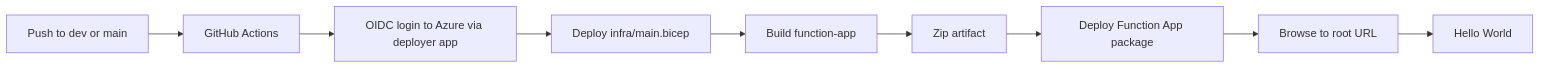
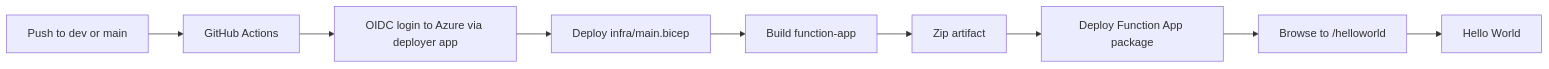
Before and after one commit to alexCikos/azFuncTemplate: the first of 2 diagrams in knowledgeBase.md, drawn with Mermaid. The commit also changed other lines of this file and 11 other files, not shown here.

````diff
--- a/knowledgeBase.md
+++ b/knowledgeBase.md
@@ -44,11 +44,11 @@
 ```mermaid
 flowchart LR
   A["Push to dev or main"] --> B["GitHub Actions"]
   B --> C["OIDC login to Azure via deployer app"]
   C --> D["Deploy infra/main.bicep"]
   D --> E["Build function-app"]
   E --> F["Zip artifact"]
   F --> G["Deploy Function App package"]
-  G --> H["Browse to root URL"]
+  G --> H["Browse to /helloworld"]
   H --> I["Hello World"]
 ```
````
